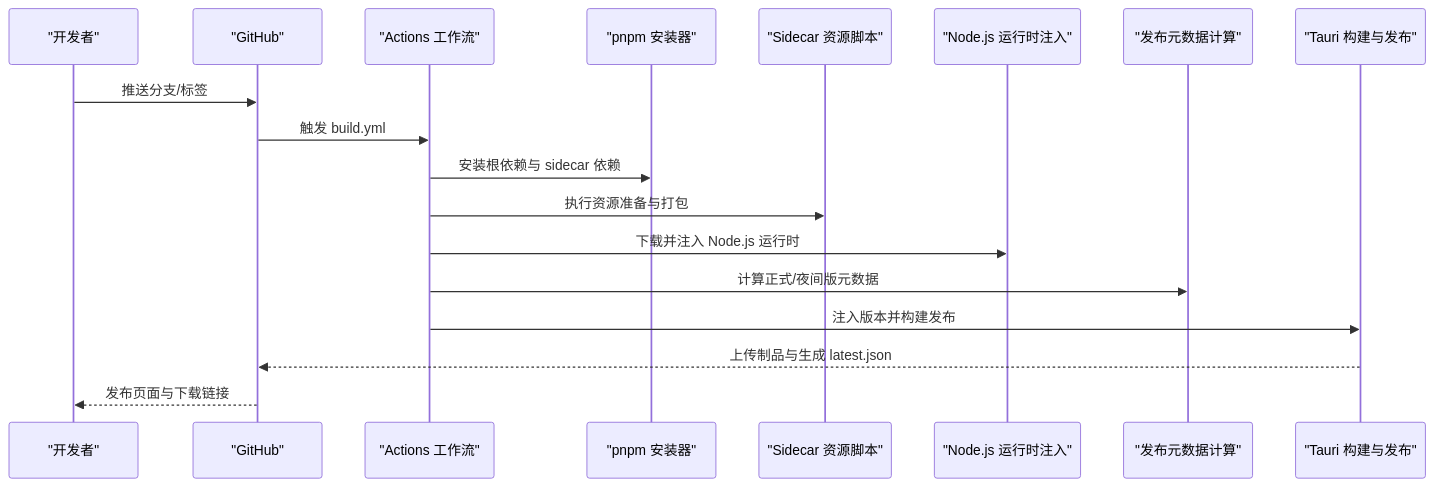
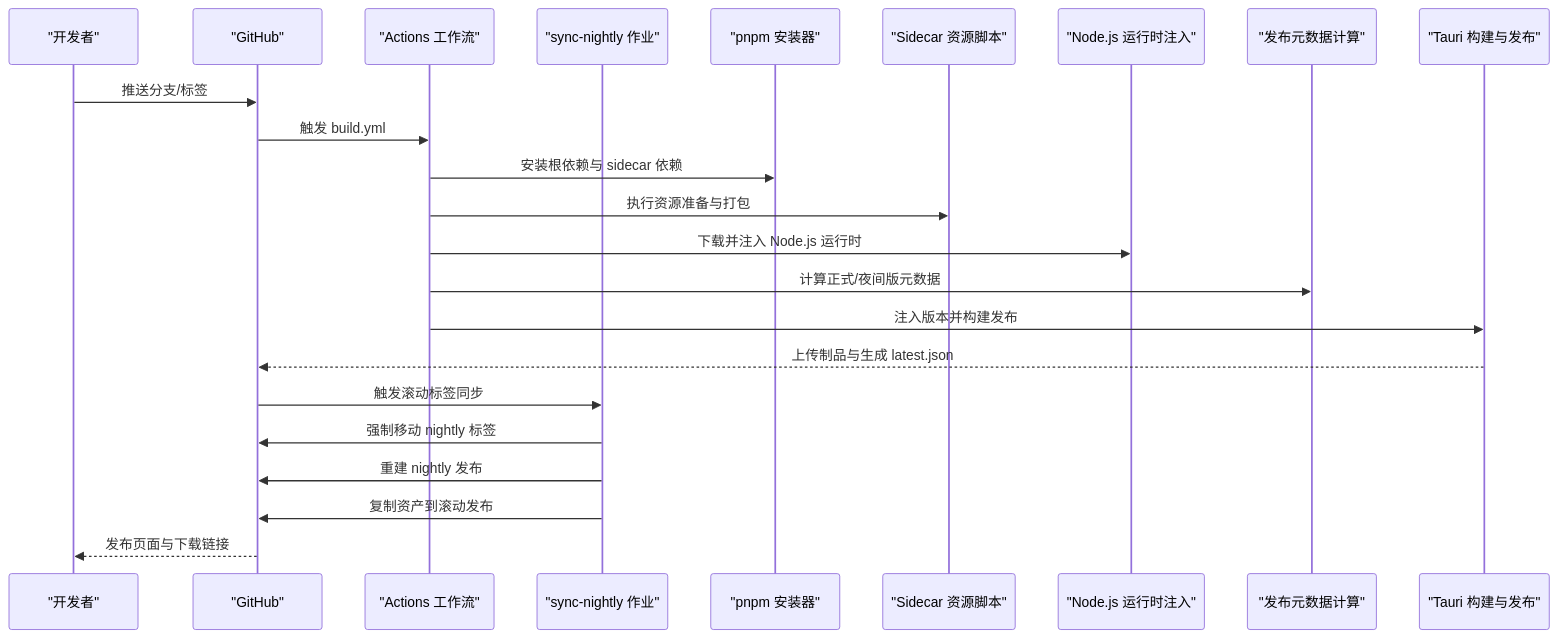
The second of 6 diagrams in .qoder/repowiki/zh/content/部署和发布/CI_CD 集成.md (RabbitAI-Lab/RabbitCoding), drawn with Mermaid before and after one commit. The commit also changed other lines of this file and 32 other files, not shown here.

````diff
--- a/.qoder/repowiki/zh/content/部署和发布/CI_CD 集成.md
+++ b/.qoder/repowiki/zh/content/部署和发布/CI_CD 集成.md
@@ -94,20 +108,25 @@
 ```mermaid
 sequenceDiagram
 participant Dev as "开发者"
 participant GH as "GitHub"
 participant WF as "Actions 工作流"
+participant SYNC as "sync-nightly 作业"
 participant PNPM as "pnpm 安装器"
 participant SIDE as "Sidecar 资源脚本"
 participant NR as "Node.js 运行时注入"
 participant META as "发布元数据计算"
 participant TAURI as "Tauri 构建与发布"
 Dev->>GH : 推送分支/标签
 GH->>WF : 触发 build.yml
 WF->>PNPM : 安装根依赖与 sidecar 依赖
 WF->>SIDE : 执行资源准备与打包
 WF->>NR : 下载并注入 Node.js 运行时
 WF->>META : 计算正式/夜间版元数据
 WF->>TAURI : 注入版本并构建发布
 TAURI-->>GH : 上传制品与生成 latest.json
+GH->>SYNC : 触发滚动标签同步
+SYNC->>GH : 强制移动 nightly 标签
+SYNC->>GH : 重建 nightly 发布
+SYNC->>GH : 复制资产到滚动发布
 GH-->>Dev : 发布页面与下载链接
 ```
````
